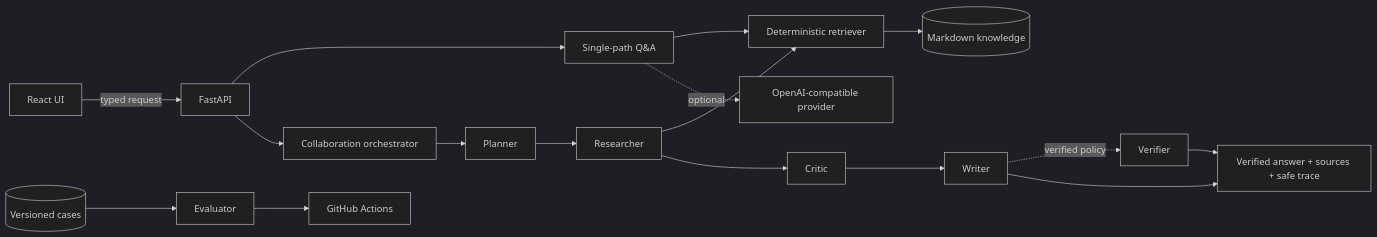
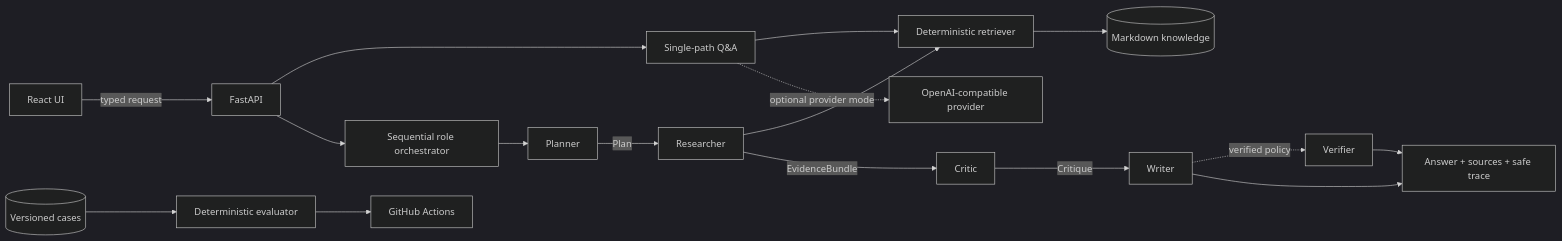
One commit to jzjzzzzzzz/agent-me changed the diagram in README.md. Above: the diagram before and after it, drawn with Mermaid (dark theme). The commit also changed other lines of this file and 43 other files, not shown here.

````diff
--- a/README.md
+++ b/README.md
@@ -109,19 +79,19 @@
 ```mermaid
 flowchart LR
   Browser[React UI] -->|typed request| API[FastAPI]
   API --> Chat[Single-path Q&A]
-  API --> Flow[Collaboration orchestrator]
+  API --> Flow[Sequential role orchestrator]
   Chat --> Search[Deterministic retriever]
   Flow --> P[Planner]
-  P --> R[Researcher]
+  P -->|Plan| R[Researcher]
   R --> Search
-  R --> C[Critic]
-  C --> W[Writer]
+  Search --> Docs[(Markdown knowledge)]
+  R -->|EvidenceBundle| C[Critic]
+  C -->|Critique| W[Writer]
   W -. verified policy .-> V[Verifier]
-  Search --> Docs[(Markdown knowledge)]
-  Chat -. optional .-> Provider[OpenAI-compatible provider]
-  V --> Trace[Verified answer + sources + safe trace]
-  W --> Trace
-  Cases[(Versioned cases)] --> Eval[Evaluator]
+  W --> Result[Answer + sources + safe trace]
+  V --> Result
+  Chat -. optional provider mode .-> Provider[OpenAI-compatible provider]
+  Cases[(Versioned cases)] --> Eval[Deterministic evaluator]
   Eval --> CI[GitHub Actions]
 ```
````
